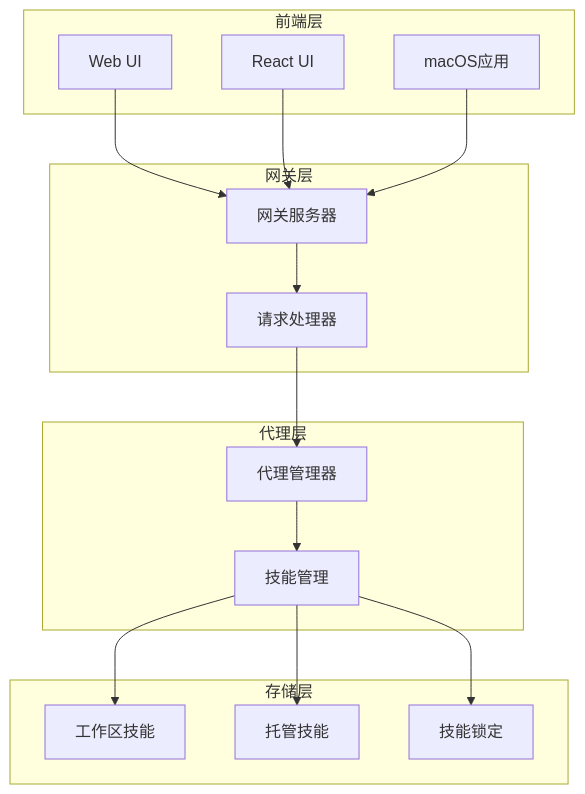
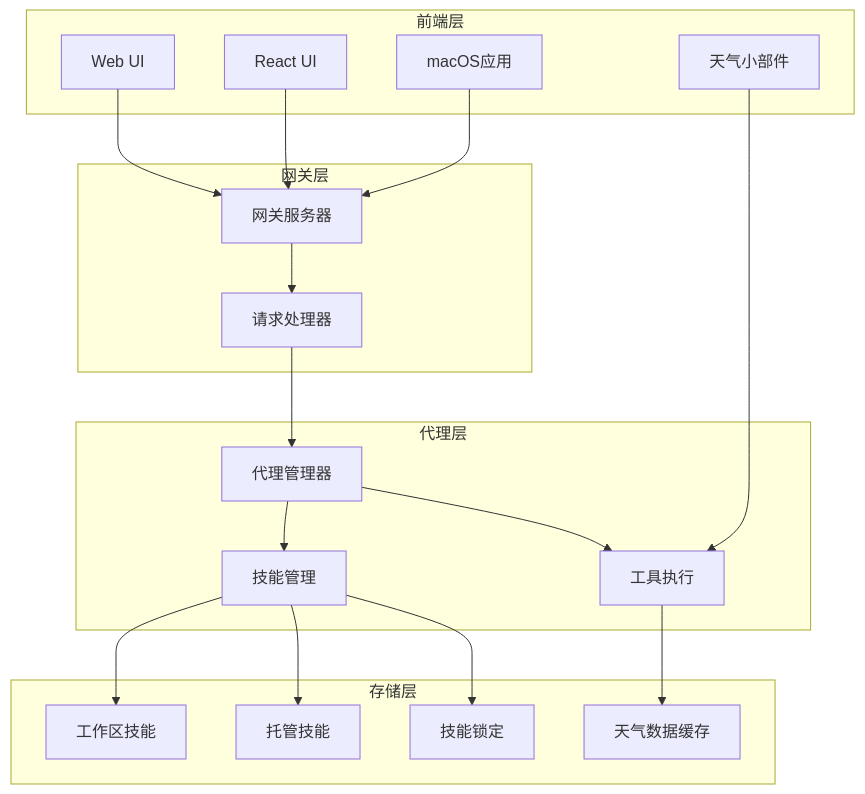
One commit to verse-ai-org/openclaw changed the first of 9 diagrams in .qoder/repowiki/zh/content/代理管理系统/技能配置系统增强.md. Above: the diagram before and after it, drawn with Mermaid. The commit also changed other lines of this file and 39 other files, not shown here.

````diff
--- a/.qoder/repowiki/zh/content/代理管理系统/技能配置系统增强.md
+++ b/.qoder/repowiki/zh/content/代理管理系统/技能配置系统增强.md
@@ -40,30 +56,36 @@
 ```mermaid
 graph TB
 subgraph "前端层"
 UI[Web UI]
 React[React UI]
 macOS[macOS应用]
+WeatherWidget[天气小部件]
 end
 subgraph "网关层"
 Gateway[网关服务器]
 Handlers[请求处理器]
 end
 subgraph "代理层"
 Agents[代理管理器]
 Skills[技能管理]
+Tools[工具执行]
 end
 subgraph "存储层"
 Workspace[工作区技能]
 Managed[托管技能]
 Lock[技能锁定]
+WeatherData[天气数据缓存]
 end
 UI --> Gateway
 React --> Gateway
 macOS --> Gateway
+WeatherWidget --> Tools
 Gateway --> Handlers
 Handlers --> Agents
 Agents --> Skills
+Agents --> Tools
 Skills --> Workspace
 Skills --> Managed
 Skills --> Lock
+Tools --> WeatherData
 ```
````
